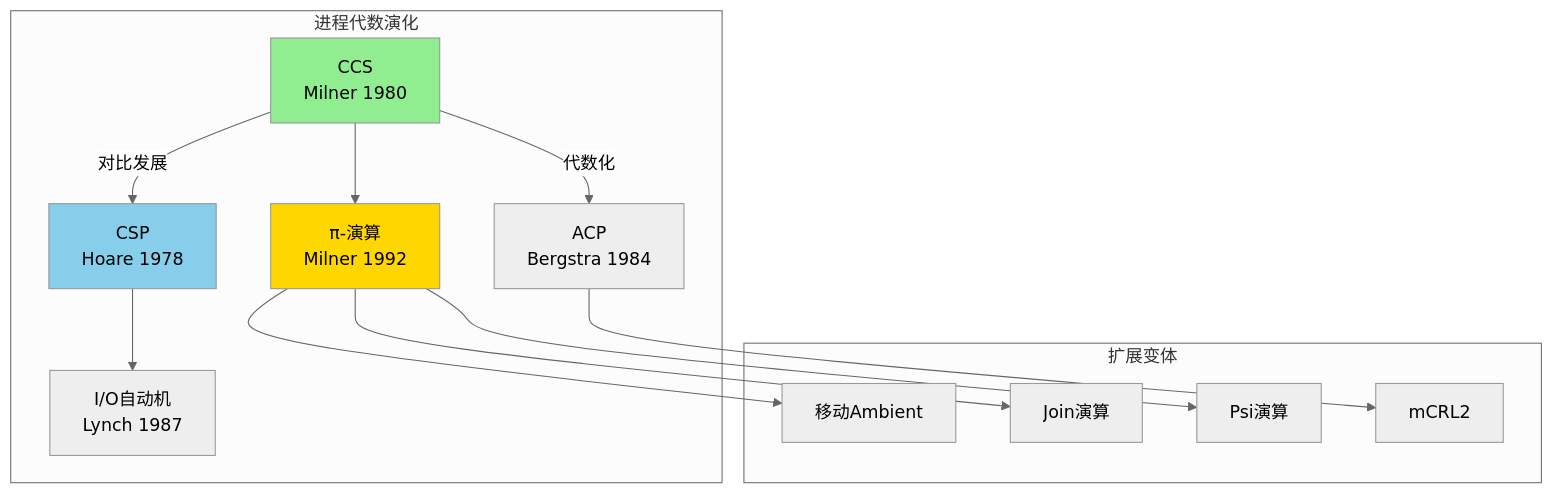
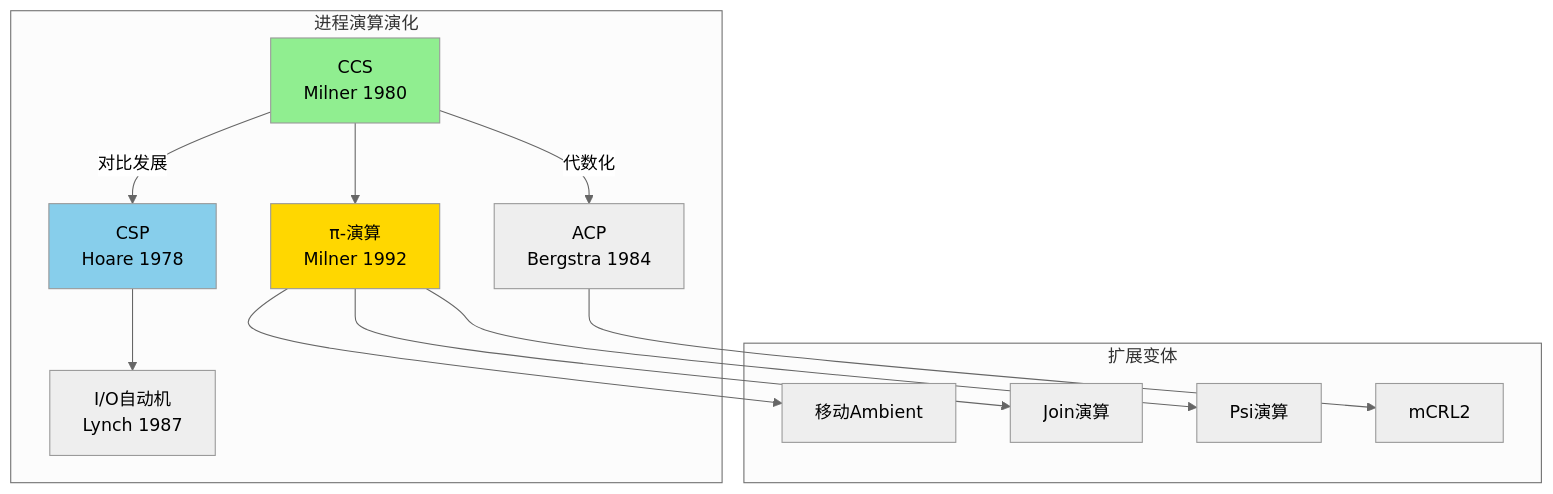
One commit to AdaMartin18010/AnalysisDataFlow changed the first of 3 diagrams in formal-methods/03-model-taxonomy/02-computation-models/01-process-algebras.md. Above: the diagram before and after it, drawn with Mermaid (neutral theme). The commit also changed other lines of this file and 129 other files, not shown here.

````diff
--- a/formal-methods/03-model-taxonomy/02-computation-models/01-process-algebras.md
+++ b/formal-methods/03-model-taxonomy/02-computation-models/01-process-algebras.md
@@ -287,31 +287,31 @@
 ```mermaid
 graph TB
-    subgraph "进程代数演化"
+    subgraph "进程演算演化"
         CCS[CCS<br/>Milner 1980]
         CSP[CSP<br/>Hoare 1978]
         PI[π-演算<br/>Milner 1992]
         ACP[ACP<br/>Bergstra 1984]
         IO[I/O自动机<br/>Lynch 1987]
     end
 
     CCS --> PI
     CCS -->|对比发展| CSP
     CCS -->|代数化| ACP
     CSP --> IO
 
     subgraph "扩展变体"
         MOB[移动Ambient]
         JOIN[Join演算]
         PSI[Psi演算]
         mCRL[mCRL2]
     end
 
     PI --> MOB
     PI --> JOIN
     PI --> PSI
     ACP --> mCRL
 
     style CCS fill:#90EE90
     style PI fill:#FFD700
     style CSP fill:#87CEEB
 ```
````
